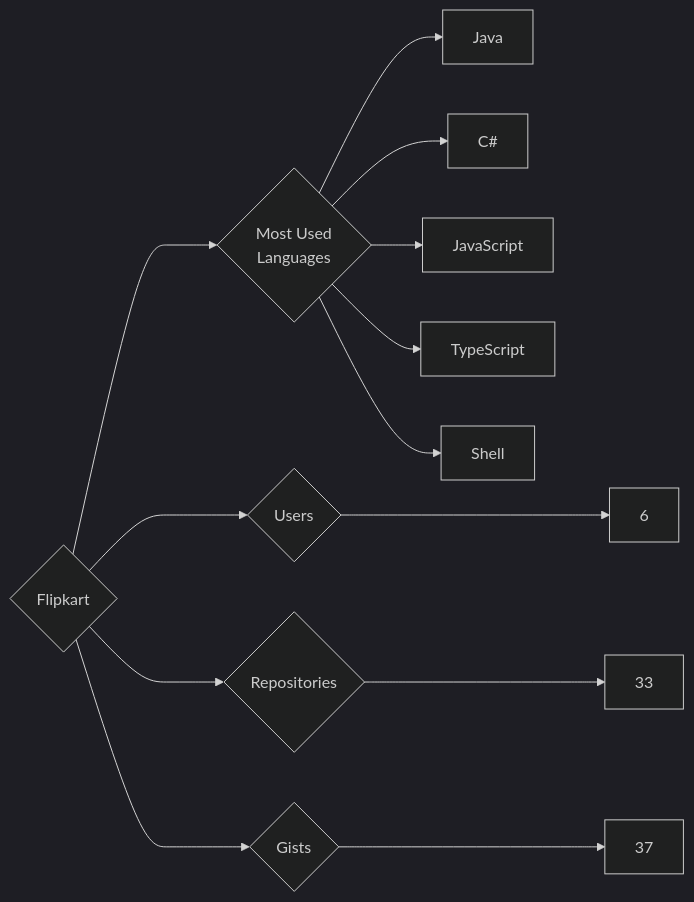
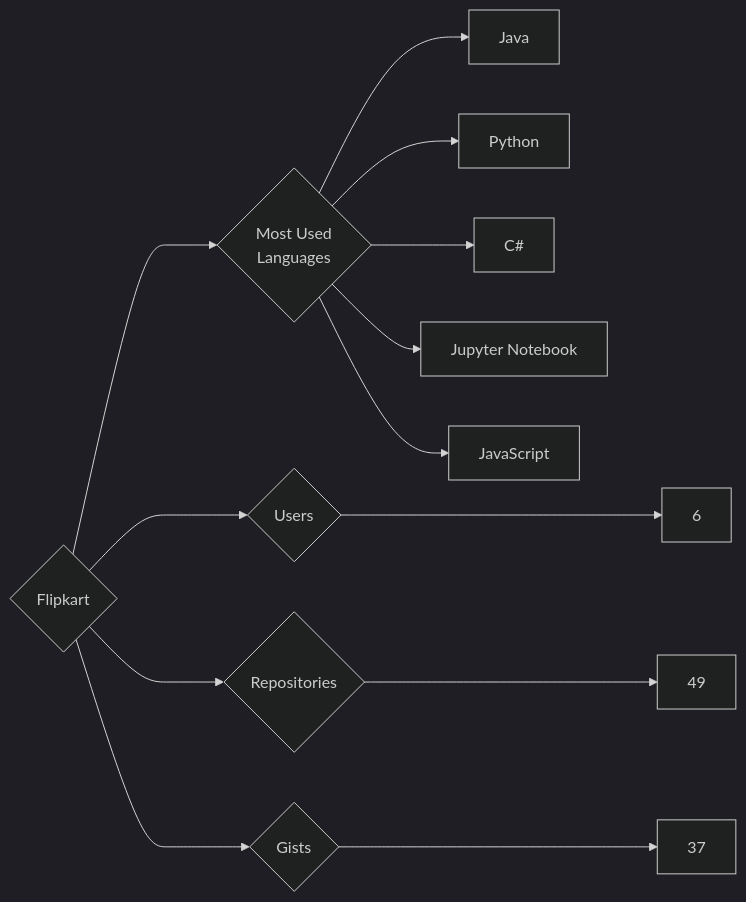
One commit to trickest/insiders changed the diagram in targets/Flipkart/README.md. Above: the diagram before and after it, drawn with Mermaid (dark theme). The commit also changed 1148 other files, not shown here.

````diff
--- a/targets/Flipkart/README.md
+++ b/targets/Flipkart/README.md
@@ -3,13 +3,13 @@
 ```mermaid
 graph LR
 COMPANY_NAME{Flipkart}
 COMPANY_NAME ---> U{Users} ---> UN[6]
-COMPANY_NAME ---> R{Repositories} ---> RN[33]
+COMPANY_NAME ---> R{Repositories} ---> RN[49]
 COMPANY_NAME ---> G{Gists} ---> GN[37]
 COMPANY_NAME ---> ML{Most Used<br>Languages}
 ML --> Java[Java]
+ML --> Python[Python]
 ML --> C#[C#]
+ML --> Jupyter_Notebook[Jupyter Notebook]
 ML --> JavaScript[JavaScript]
-ML --> TypeScript[TypeScript]
-ML --> Shell[Shell]
 ```
````
